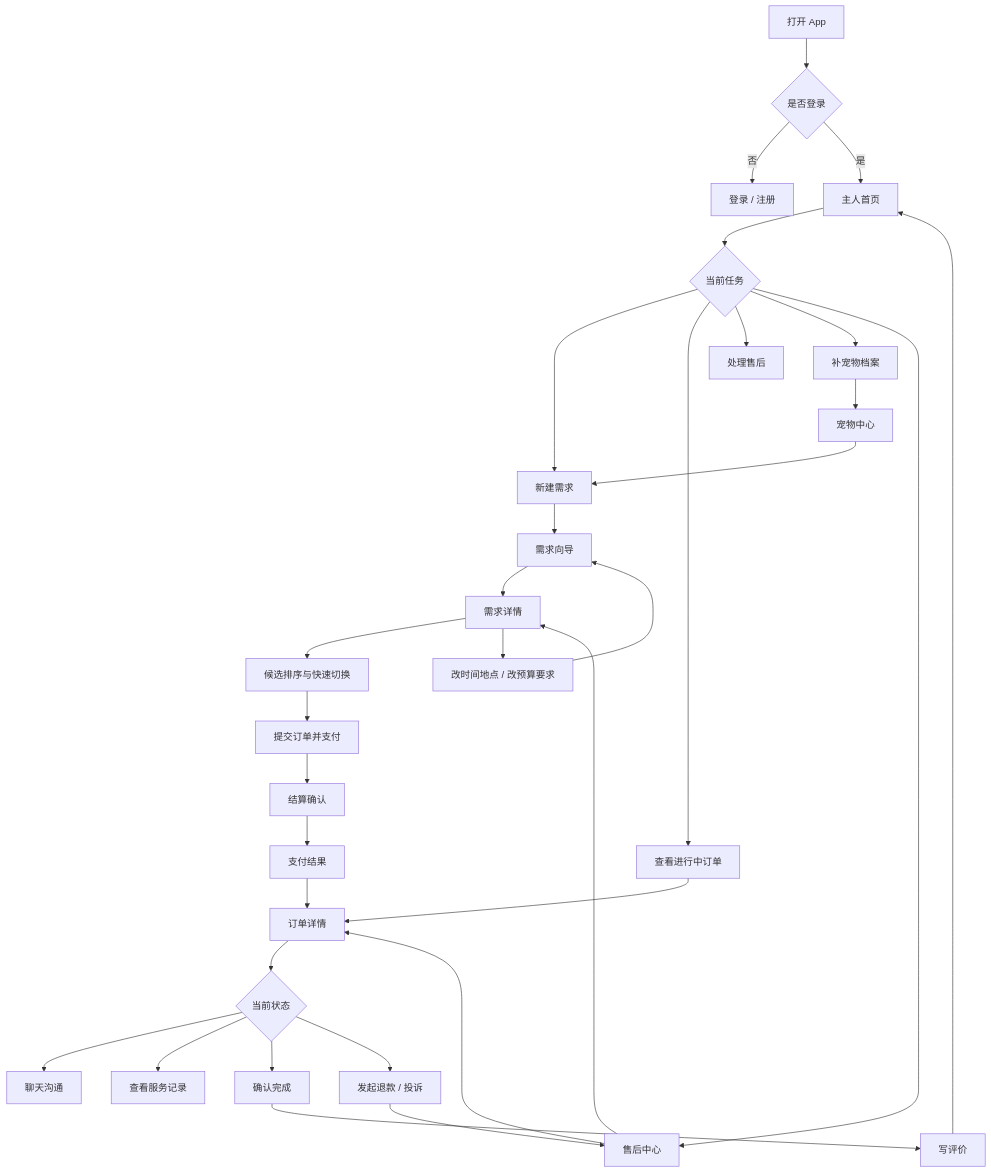
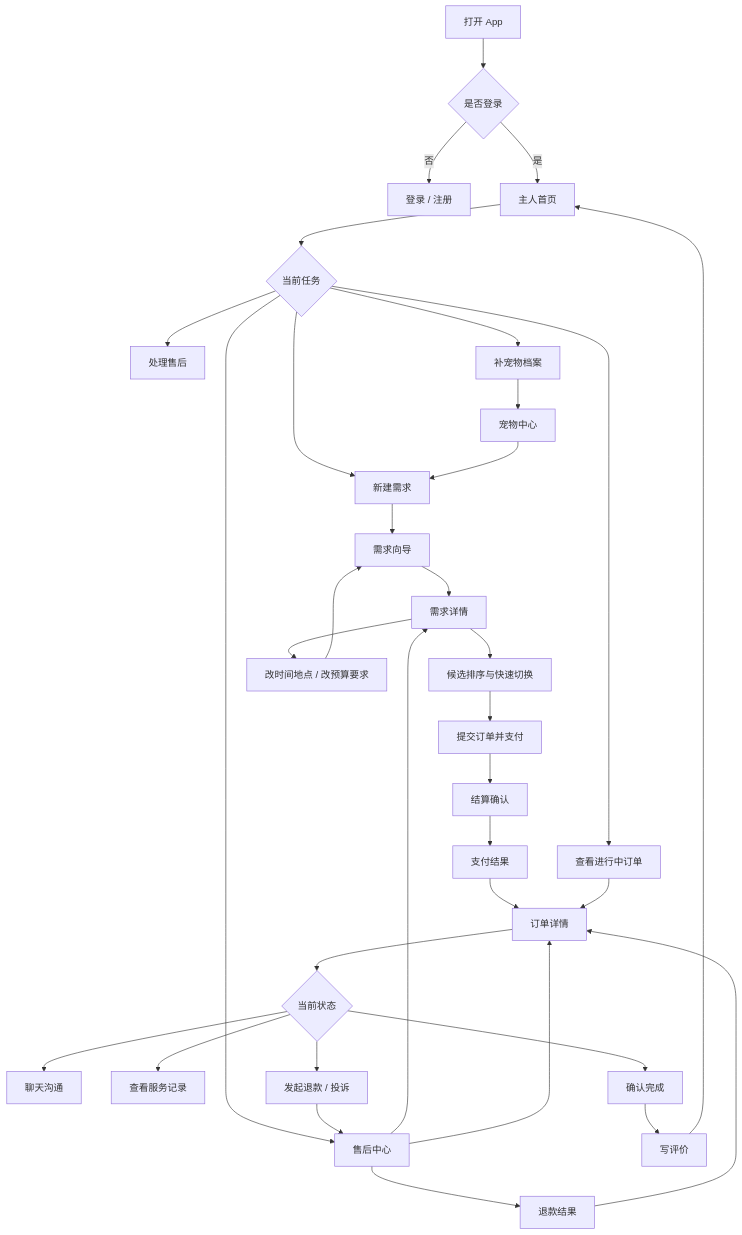
The first of 9 diagrams in apps/docs/project/PetPal-Frontend-Blueprint.md (pqcqaq/PetPal), drawn with Mermaid before and after one commit. The commit also changed other lines of this file and 9 other files, not shown here.

````diff
--- a/apps/docs/project/PetPal-Frontend-Blueprint.md
+++ b/apps/docs/project/PetPal-Frontend-Blueprint.md
@@ -86,34 +86,36 @@
 ```mermaid
 flowchart TD
     A[打开 App] --> B{是否登录}
     B -- 否 --> C[登录 / 注册]
     B -- 是 --> D[主人首页]
     D --> E{当前任务}
     E --> F[新建需求]
     E --> G[查看进行中订单]
     E --> H[处理售后]
     E --> I[补宠物档案]
     E --> W[继续已有需求]
     I --> J[宠物中心]
     J --> F
     F --> K[需求向导]
     K --> X[需求详情]
     W --> X
     X --> L[候选排序与快速切换]
     L --> M[提交订单并支付]
     X --> Y[改时间地点 / 改预算要求]
     Y --> K
     M --> N[结算确认]
     N --> O[支付结果]
     O --> P[订单详情]
     G --> P
     P --> Q{当前状态}
     Q --> R[聊天沟通]
     Q --> S[查看服务记录]
     Q --> T[确认完成]
     Q --> U[发起退款 / 投诉]
     T --> V[写评价]
     U --> W[售后中心]
+    W --> Z[退款结果]
+    Z --> P
     V --> D
     W --> P
 ```
````
